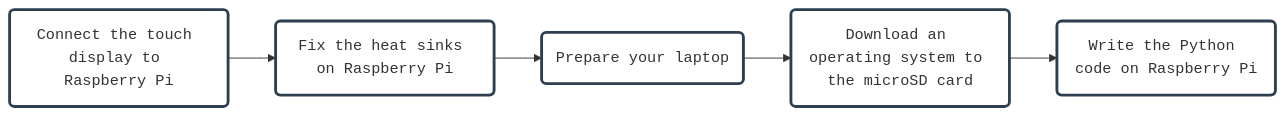
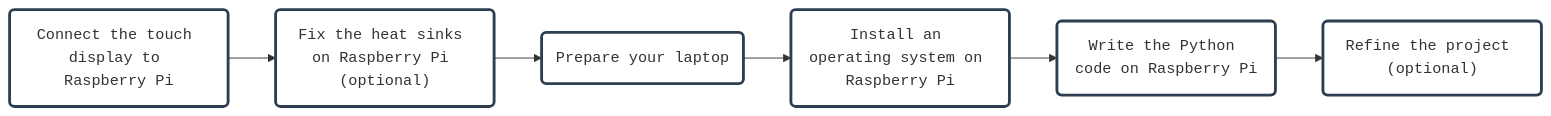
The diagram in _includes/mermaid_photo_frame.md (AninditaBasu/pi-projects), drawn with Mermaid before and after one commit. The commit also changed 4 other files, not shown here.

Commit message:
photo frame

```diff
--- a/_includes/mermaid_photo_frame.md
+++ b/_includes/mermaid_photo_frame.md
@@ -1,16 +1,18 @@
 <div class="mermaid">
 flowchart LR
-    A(Connect the touch display to Raspberry Pi) --> B(Fix the heat sinks on Raspberry Pi)
+    A(Connect the touch display to Raspberry Pi) --> B("Fix the heat sinks on Raspberry Pi (optional)")
     B --> C(Prepare your laptop)
-    C --> D(Download an operating system to the microSD card)
+    C --> D(Install an operating system on Raspberry Pi)
     D --> E(Write the Python code on Raspberry Pi)
+	E --> F("Refine the project (optional)")
 	
 	click A "https://aninditabasu.github.io/pi-projects/topics/pi_3b_attach_display.html"
 	click B "https://aninditabasu.github.io/pi-projects/topics/pi_3b_attach_heatsink.html"
 	click C "https://aninditabasu.github.io/pi-projects/topics/set_up_laptop.html"
 	click D "https://aninditabasu.github.io/pi-projects/topics/pi_3b_install_os.html"
 	click E "https://aninditabasu.github.io/pi-projects/topics/python_photo_frame.html"
+	click F "https://aninditabasu.github.io/pi-projects/topics/photo_frame_refine.html"
 	
 	classDef boxstyle fill:white,stroke:#2c3e50,stroke-width:3px,font-family: monospace;
-    class A,B,C,D,E boxstyle;
+    class A,B,C,D,E,F boxstyle;
 </div>
```
